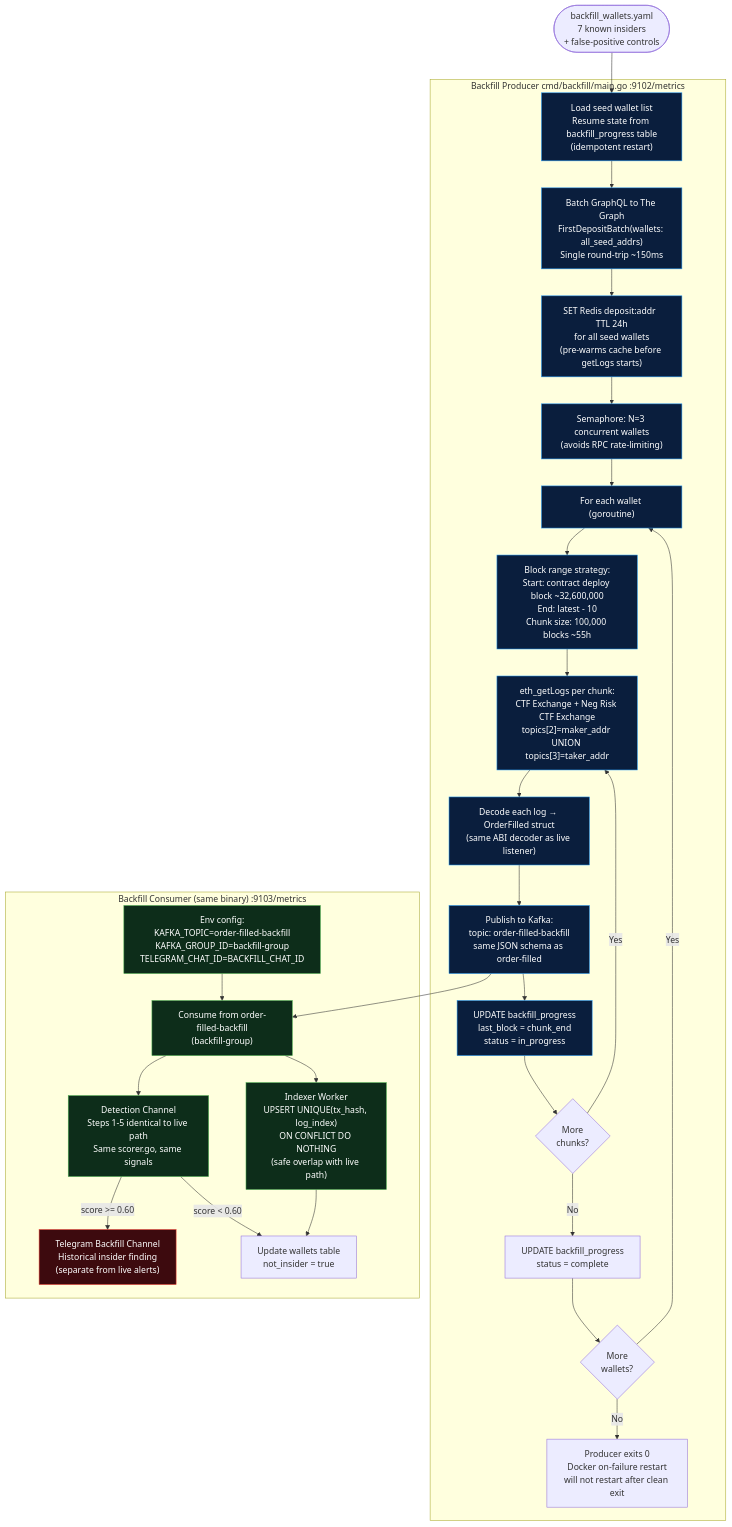
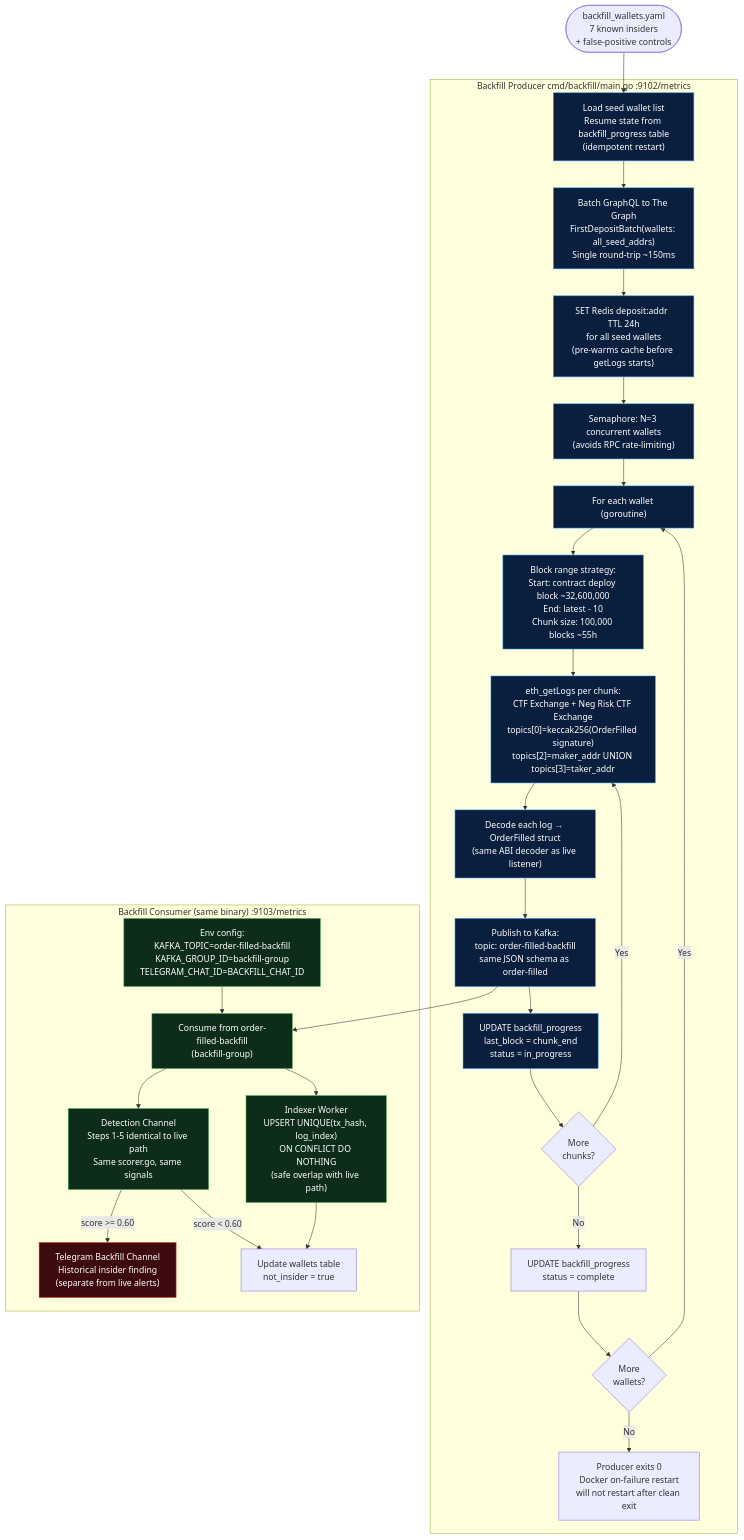
Before and after one commit to rahul7668gupta/polymarket-insider-trading-indexing-and-detection: the sixth of 8 diagrams in polymarket_insider_trading_detection_diagram.md, drawn with Mermaid. The commit also changed other lines of this file and 1 other file, not shown here.

Commit message:
updated plan and diag to fetch only order filled event logs instead

````diff
--- a/polymarket_insider_trading_detection_diagram.md
+++ b/polymarket_insider_trading_detection_diagram.md
@@ -369,48 +369,48 @@
 ```mermaid
 flowchart TD
     YAML(["backfill_wallets.yaml<br/>7 known insiders<br/>+ false-positive controls"]) --> BP_START
 
     subgraph PRODUCER["Backfill Producer  cmd/backfill/main.go  :9102/metrics"]
         BP_START["Load seed wallet list<br/>Resume state from backfill_progress table<br/>(idempotent restart)"]
 
         BP_START --> PREWARM["Batch GraphQL to The Graph<br/>FirstDepositBatch(wallets: all_seed_addrs)<br/>Single round-trip ~150ms"]
         PREWARM --> REDIS_SEED["SET Redis deposit:addr  TTL 24h<br/>for all seed wallets<br/>(pre-warms cache before getLogs starts)"]
 
         REDIS_SEED --> SEM["Semaphore: N=3 concurrent wallets<br/>(avoids RPC rate-limiting)"]
         SEM --> WALLET_LOOP["For each wallet (goroutine)"]
 
         WALLET_LOOP --> BLOCK_RANGE["Block range strategy:<br/>Start: contract deploy block ~32,600,000<br/>End: latest - 10<br/>Chunk size: 100,000 blocks ~55h"]
 
-        BLOCK_RANGE --> GETLOGS["eth_getLogs per chunk:<br/>CTF Exchange + Neg Risk CTF Exchange<br/>topics[2]=maker_addr UNION topics[3]=taker_addr"]
+        BLOCK_RANGE --> GETLOGS["eth_getLogs per chunk:<br/>CTF Exchange + Neg Risk CTF Exchange<br/>topics[0]=keccak256(OrderFilled signature)<br/>topics[2]=maker_addr UNION topics[3]=taker_addr"]
 
         GETLOGS --> DECODE["Decode each log → OrderFilled struct<br/>(same ABI decoder as live listener)"]
         DECODE --> PUBLISH["Publish to Kafka:<br/>topic: order-filled-backfill<br/>same JSON schema as order-filled"]
         PUBLISH --> PROGRESS["UPDATE backfill_progress<br/>last_block = chunk_end<br/>status = in_progress"]
         PROGRESS --> MORE{"More<br/>chunks?"}
         MORE -->|"Yes"| GETLOGS
         MORE -->|"No"| DONE["UPDATE backfill_progress<br/>status = complete"]
         DONE --> NEXT{"More<br/>wallets?"}
         NEXT -->|"Yes"| WALLET_LOOP
         NEXT -->|"No"| EXIT["Producer exits 0<br/>Docker on-failure restart<br/>will not restart after clean exit"]
     end
 
     subgraph CONSUMER_BC["Backfill Consumer  (same binary)  :9103/metrics"]
         BC_CONF["Env config:<br/>KAFKA_TOPIC=order-filled-backfill<br/>KAFKA_GROUP_ID=backfill-group<br/>TELEGRAM_CHAT_ID=BACKFILL_CHAT_ID"]
         BC_CONF --> BC_CONSUME["Consume from order-filled-backfill<br/>(backfill-group)"]
         BC_CONSUME --> BC_INDEX["Indexer Worker<br/>UPSERT UNIQUE(tx_hash, log_index)<br/>ON CONFLICT DO NOTHING<br/>(safe overlap with live path)"]
         BC_CONSUME --> BC_DETECT["Detection Channel<br/>Steps 1-5 identical to live path<br/>Same scorer.go, same signals"]
         BC_DETECT -->|"score >= 0.60"| TG_HIST["Telegram Backfill Channel<br/>Historical insider finding<br/>(separate from live alerts)"]
         BC_DETECT -->|"score < 0.60"| BC_DB["Update wallets table<br/>not_insider = true"]
         BC_INDEX --> BC_DB
     end
 
     PUBLISH --> BC_CONSUME
 
     classDef prod fill:#0a1e3d,stroke:#2196f3,color:#fff
     classDef consumer fill:#0d2d1a,stroke:#4caf50,color:#fff
     classDef alert fill:#3d0a0e,stroke:#f44336,color:#fff
 
     class BP_START,PREWARM,REDIS_SEED,SEM,WALLET_LOOP,BLOCK_RANGE,GETLOGS,DECODE,PUBLISH,PROGRESS prod
     class BC_CONF,BC_CONSUME,BC_INDEX,BC_DETECT consumer
     class TG_HIST alert
 ```
````
